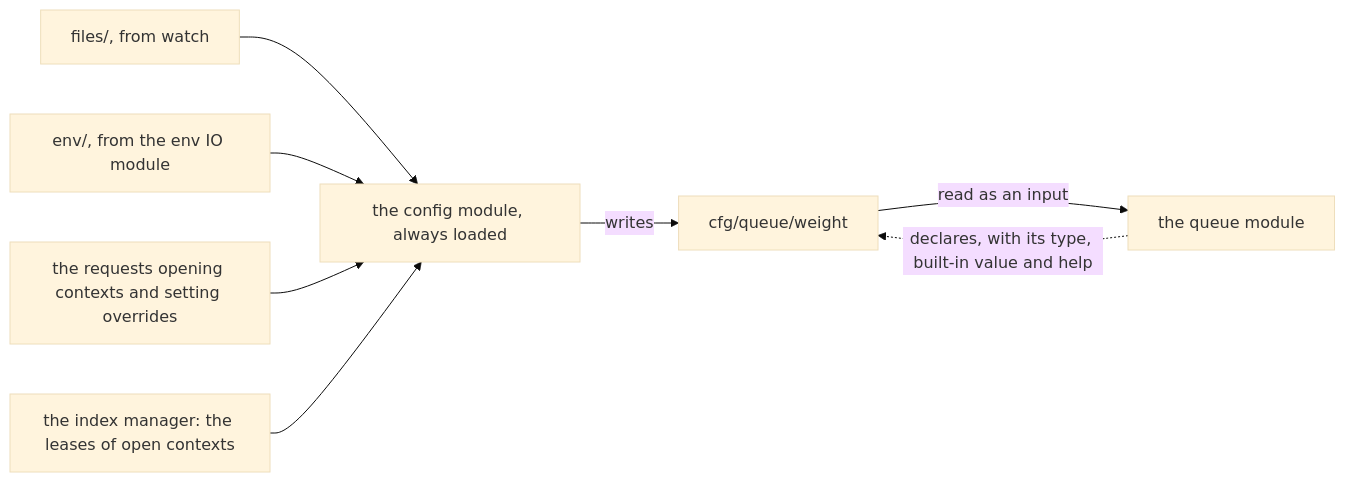
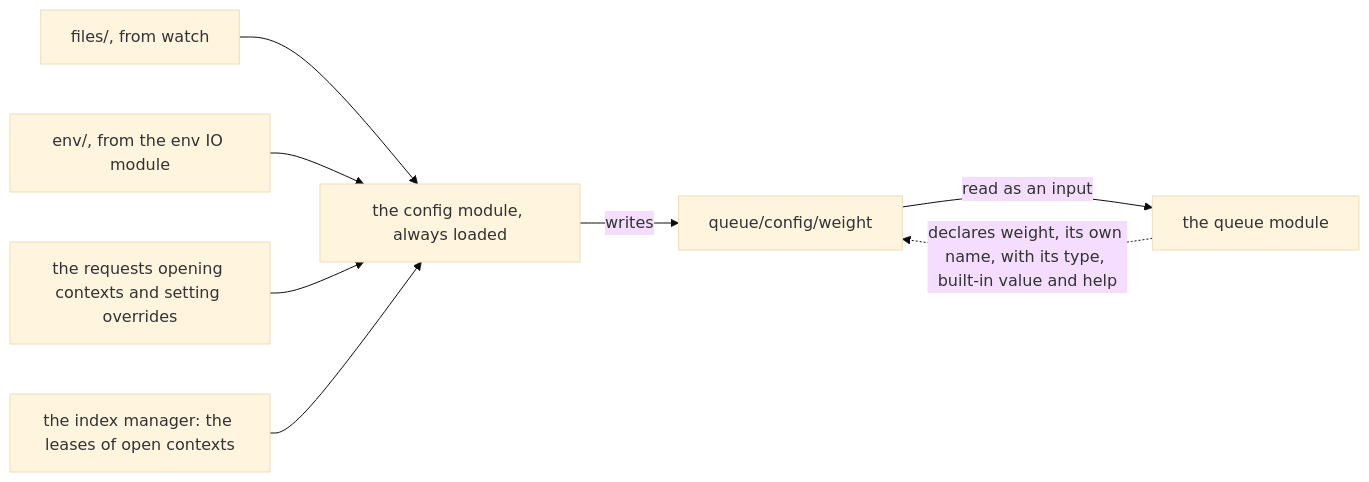
Before and after one commit to mb-89/quackitect: the fifth of 8 diagrams in spec/design_output/model.md, drawn with Mermaid (base theme). The commit also changed other lines of this file and 3 other files, not shown here.

First line of the commit message:
the-foundation-closes-its-gaps: each module keeps its own config subtopic, and names its values locally

````diff
--- a/spec/design_output/model.md
+++ b/spec/design_output/model.md
@@ -424,10 +445,10 @@
 ```mermaid
 flowchart LR
   files["files/, from watch"] --> config
   env["env/, from the env IO module"] --> config
   requests["the requests opening contexts and setting overrides"] --> config
   manager["the index manager: the leases of open contexts"] --> config
-  config["the config module, always loaded"] -- "writes" --> key["cfg/queue/weight"]
-  queue["the queue module"] -. "declares, with its type, built-in value and help" .-> key
+  config["the config module, always loaded"] -- "writes" --> key["queue/config/weight"]
+  queue["the queue module"] -. "declares weight, its own name, with its type, built-in value and help" .-> key
   key -- "read as an input" --> queue
 ```
````
